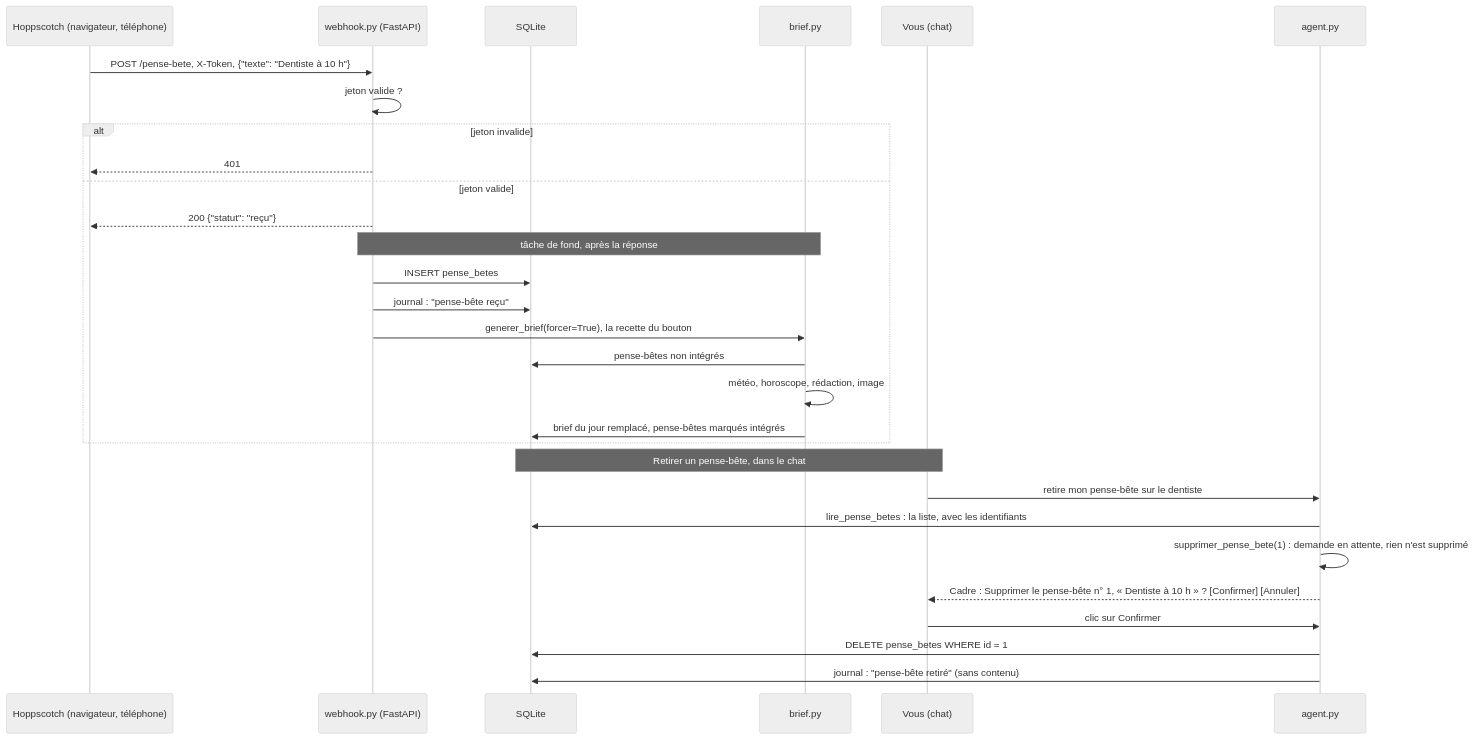
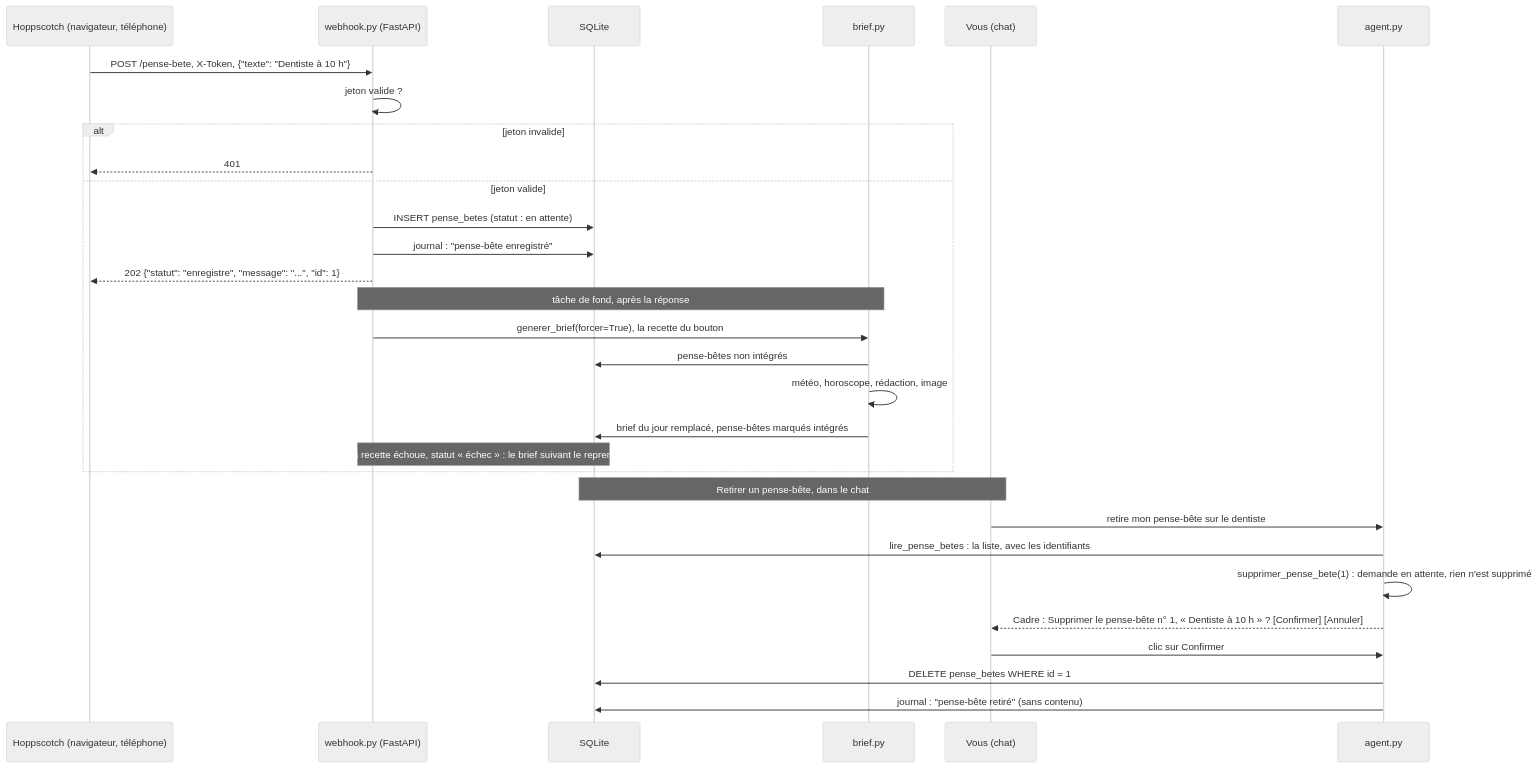
One commit to lecinquiemejour-code/goodvibe-tuto changed diagram 39 of 42 in tuto-goodvibe-vibecoding.md. Above: the diagram before and after it, drawn with Mermaid (neutral theme). The commit also changed other lines of this file and 1 other file, not shown here.

First line of the commit message:
docs(tuto, prd): le webhook enregistre avant de répondre 202, et le statut du pense-bête se lit dans l'onglet Mémoire (T10, pas 5)

````diff
--- a/tuto-goodvibe-vibecoding.md
+++ b/tuto-goodvibe-vibecoding.md
@@ -1901,31 +1902,32 @@
 ```mermaid
 sequenceDiagram
     participant X as Hoppscotch (navigateur, téléphone)
     participant W as webhook.py (FastAPI)
     participant D as SQLite
     participant B as brief.py
     X->>W: POST /pense-bete, X-Token, {"texte": "Dentiste à 10 h"}
     W->>W: jeton valide ?
     alt jeton invalide
         W-->>X: 401
     else jeton valide
-        W-->>X: 200 {"statut": "reçu"}
+        W->>D: INSERT pense_betes (statut : en attente)
+        W->>D: journal : "pense-bête enregistré"
+        W-->>X: 202 {"statut": "enregistre", "message": "...", "id": 1}
         Note over W,B: tâche de fond, après la réponse
-        W->>D: INSERT pense_betes
-        W->>D: journal : "pense-bête reçu"
         W->>B: generer_brief(forcer=True), la recette du bouton
         B->>D: pense-bêtes non intégrés
         B->>B: météo, horoscope, rédaction, image
         B->>D: brief du jour remplacé, pense-bêtes marqués intégrés
+        Note over W,D: si la recette échoue, statut « échec » : le brief suivant le reprendra
     end
     participant U as Vous (chat)
     participant A as agent.py
     Note over U,D: Retirer un pense-bête, dans le chat
     U->>A: retire mon pense-bête sur le dentiste
     A->>D: lire_pense_betes : la liste, avec les identifiants
     A->>A: supprimer_pense_bete(1) : demande en attente, rien n'est supprimé
     A-->>U: Cadre : Supprimer le pense-bête n° 1, « Dentiste à 10 h » ? [Confirmer] [Annuler]
     U->>A: clic sur Confirmer
     A->>D: DELETE pense_betes WHERE id = 1
     A->>D: journal : "pense-bête retiré" (sans contenu)
 ```
````
